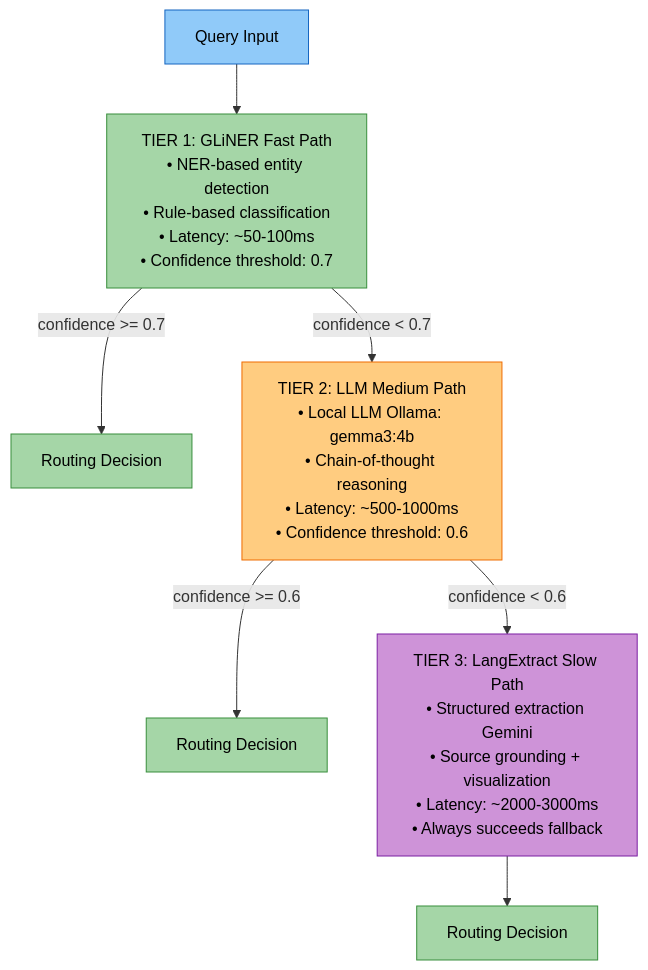
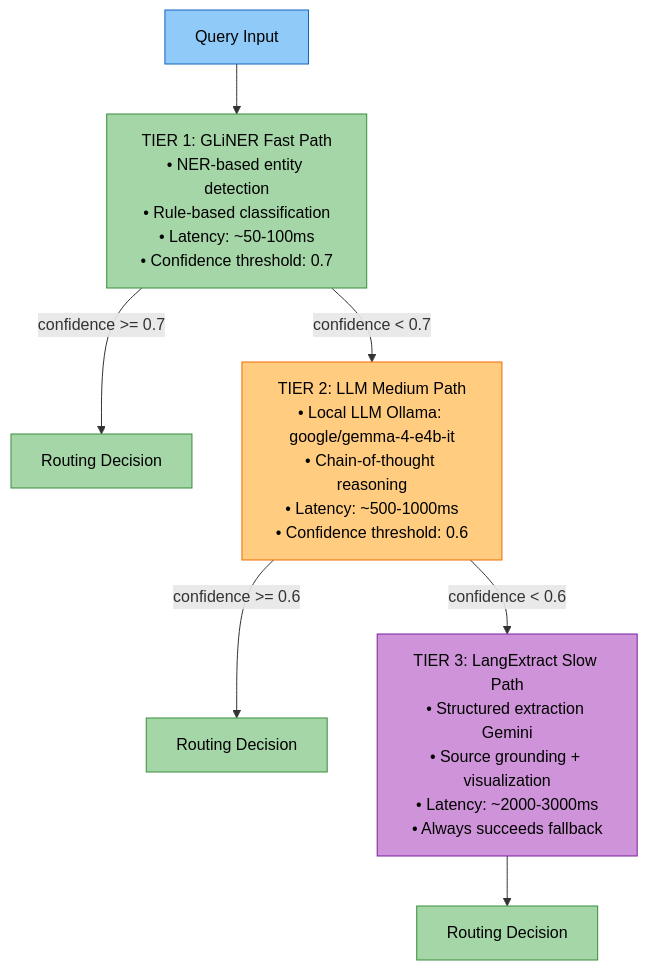
Before and after one commit to amit-jain/cogniverse: the first of 4 diagrams in docs/modules/routing.md, drawn with Mermaid. The commit also changed other lines of this file and 78 other files, not shown here.

````diff
--- a/docs/modules/routing.md
+++ b/docs/modules/routing.md
@@ -58,20 +58,20 @@
 ```mermaid
 flowchart TB
     QueryInput["<span style='color:#000'>Query Input</span>"] --> Tier1["<span style='color:#000'>TIER 1: GLiNER Fast Path<br/>• NER-based entity detection<br/>• Rule-based classification<br/>• Latency: ~50-100ms<br/>• Confidence threshold: 0.7</span>"]
 
     Tier1 -->|confidence >= 0.7| Decision1["<span style='color:#000'>Routing Decision</span>"]
-    Tier1 -->|confidence < 0.7| Tier2["<span style='color:#000'>TIER 2: LLM Medium Path<br/>• Local LLM Ollama: gemma3:4b<br/>• Chain-of-thought reasoning<br/>• Latency: ~500-1000ms<br/>• Confidence threshold: 0.6</span>"]
+    Tier1 -->|confidence < 0.7| Tier2["<span style='color:#000'>TIER 2: LLM Medium Path<br/>• Local LLM Ollama: google/gemma-4-e4b-it<br/>• Chain-of-thought reasoning<br/>• Latency: ~500-1000ms<br/>• Confidence threshold: 0.6</span>"]
 
     Tier2 -->|confidence >= 0.6| Decision2["<span style='color:#000'>Routing Decision</span>"]
     Tier2 -->|confidence < 0.6| Tier3["<span style='color:#000'>TIER 3: LangExtract Slow Path<br/>• Structured extraction Gemini<br/>• Source grounding + visualization<br/>• Latency: ~2000-3000ms<br/>• Always succeeds fallback</span>"]
 
     Tier3 --> Decision3["<span style='color:#000'>Routing Decision</span>"]
 
     style QueryInput fill:#90caf9,stroke:#1565c0,color:#000
     style Tier1 fill:#a5d6a7,stroke:#388e3c,color:#000
     style Tier2 fill:#ffcc80,stroke:#ef6c00,color:#000
     style Tier3 fill:#ce93d8,stroke:#7b1fa2,color:#000
     style Decision1 fill:#a5d6a7,stroke:#388e3c,color:#000
     style Decision2 fill:#a5d6a7,stroke:#388e3c,color:#000
     style Decision3 fill:#a5d6a7,stroke:#388e3c,color:#000
 ```
````
